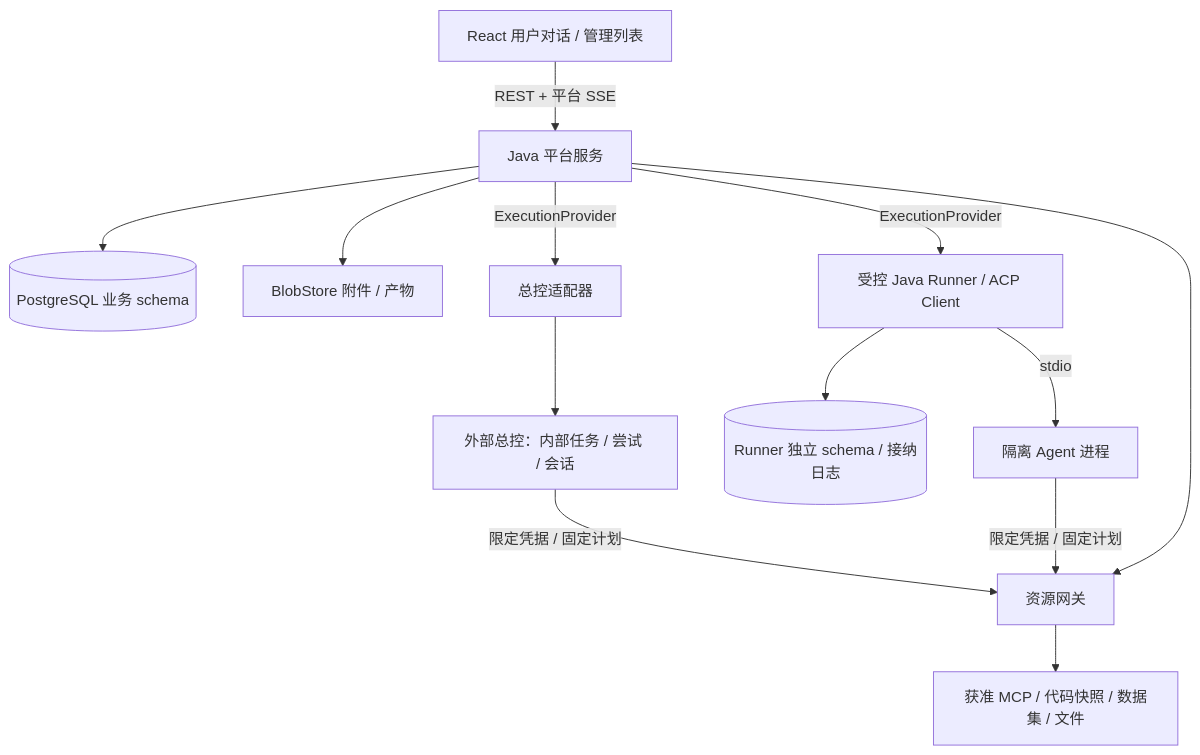
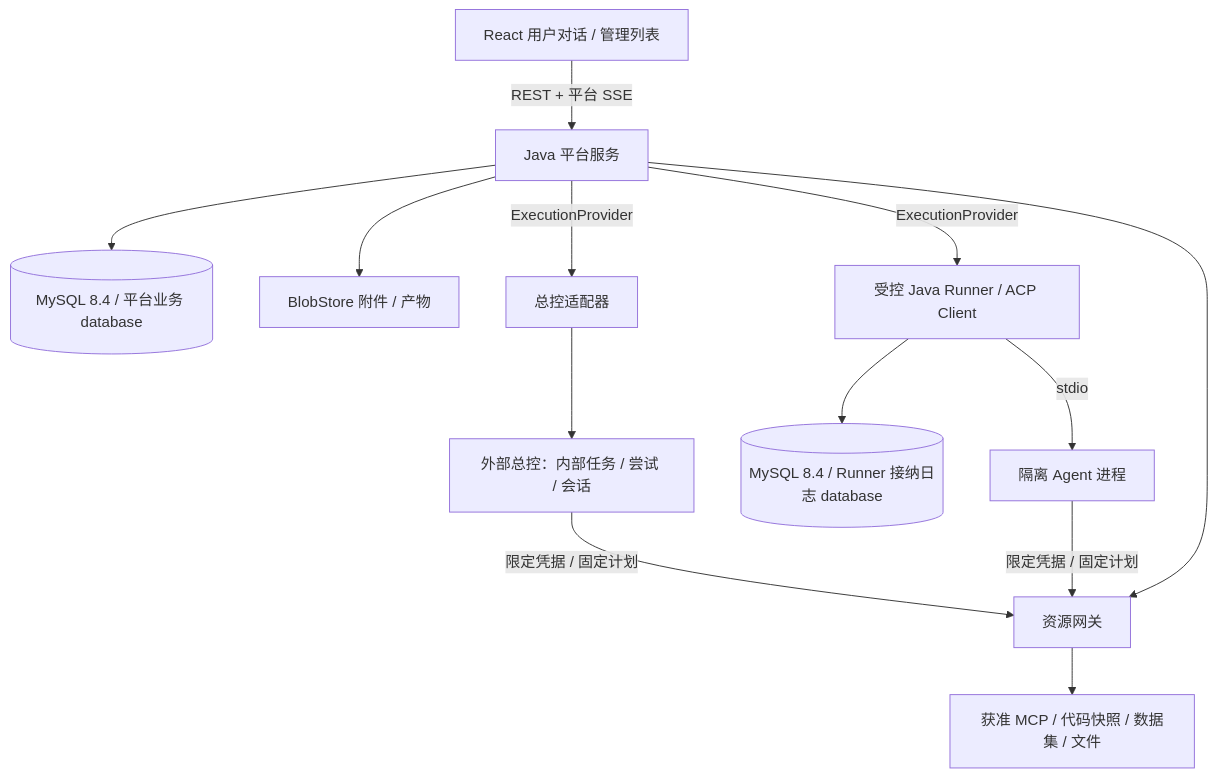
The diagram in docs/development/ARCHITECTURE-AND-CODE.md (haseakii/ai-test-workbench), drawn with Mermaid before and after one commit. The commit also changed other lines of this file and 6 other files, not shown here.

````diff
--- a/docs/development/ARCHITECTURE-AND-CODE.md
+++ b/docs/development/ARCHITECTURE-AND-CODE.md
@@ -7,15 +7,15 @@
 ```mermaid
 flowchart TD
   U[React 用户对话 / 管理列表] -->|REST + 平台 SSE| A[Java 平台服务]
-  A --> D[(PostgreSQL 业务 schema)]
+  A --> D[(MySQL 8.4 / 平台业务 database)]
   A --> B[BlobStore 附件 / 产物]
   A -->|ExecutionProvider| C[总控适配器]
   C --> X[外部总控：内部任务 / 尝试 / 会话]
   A -->|ExecutionProvider| H[受控 Java Runner / ACP Client]
-  H --> J[(Runner 独立 schema / 接纳日志)]
+  H --> J[(MySQL 8.4 / Runner 接纳日志 database)]
   H -->|stdio| G[隔离 Agent 进程]
   X -->|限定凭据 / 固定计划| R[资源网关]
   G -->|限定凭据 / 固定计划| R
   R --> M[获准 MCP / 代码快照 / 数据集 / 文件]
   A --> R
 ```
````
